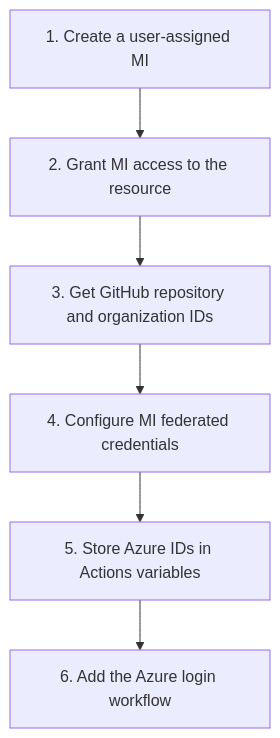
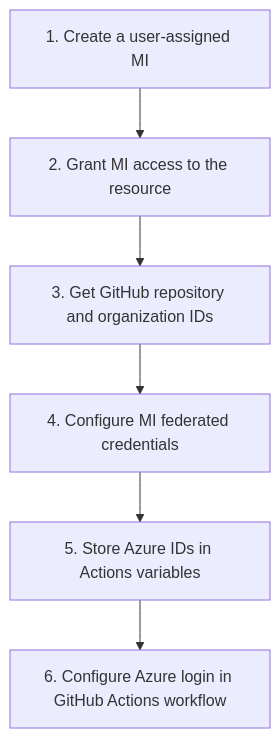
The second of 2 diagrams in devops-to-github-03/README.md (groovy-sky/azure), drawn with Mermaid before and after one commit. The commit also changed other lines of this file and 6 other files, not shown here.

````diff
--- a/devops-to-github-03/README.md
+++ b/devops-to-github-03/README.md
@@ -81,11 +81,11 @@
 ```mermaid
 flowchart TD
   identity["1. Create a user-assigned MI"]
   access["2. Grant MI access to the resource"]
   ids["3. Get GitHub repository and organization IDs"]
   federation["4. Configure MI federated credentials"]
   variables["5. Store Azure IDs in Actions variables"]
-  workflow["6. Add the Azure login workflow"]
+  workflow["6. Configure Azure login in GitHub Actions workflow"]
 
   identity --> access --> ids --> federation --> variables --> workflow
 ```
````
